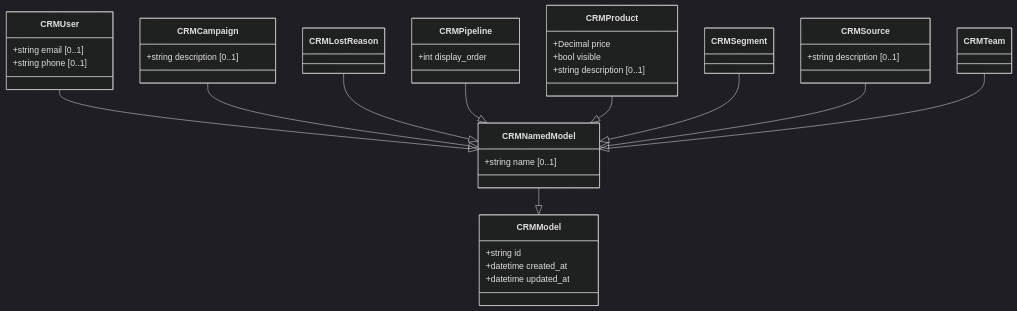
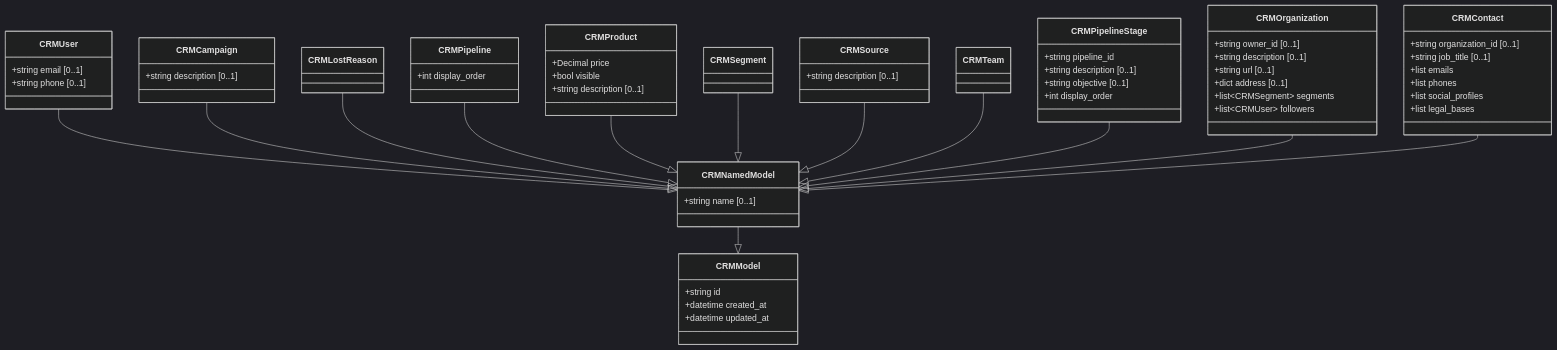
One commit to hcubasd/fluffy-waddle changed the diagram in README.md. Above: the diagram before and after it, drawn with Mermaid (dark theme). The commit also changed 3 other files, not shown here.

Commit message:
add pipeline_stage, organization, contact models and update class diagram

````diff
--- a/README.md
+++ b/README.md
@@ -7,42 +7,68 @@
 ```mermaid
 classDiagram
     class CRMModel {
         +string id
         +datetime created_at
         +datetime updated_at
     }
     class CRMNamedModel {
         +string name [0..1]
     }
     class CRMUser {
         +string email [0..1]
         +string phone [0..1]
     }
     class CRMCampaign {
         +string description [0..1]
     }
     class CRMLostReason
     class CRMPipeline {
         +int display_order
     }
     class CRMProduct {
         +Decimal price
         +bool visible
         +string description [0..1]
     }
     class CRMSegment
     class CRMSource {
         +string description [0..1]
     }
     class CRMTeam
 
+    class CRMPipelineStage {
+        +string pipeline_id
+        +string description [0..1]
+        +string objective [0..1]
+        +int display_order
+    }
+    class CRMOrganization {
+        +string owner_id [0..1]
+        +string description [0..1]
+        +string url [0..1]
+        +dict address [0..1]
+        +list~CRMSegment~ segments
+        +list~CRMUser~ followers
+    }
+    class CRMContact {
+        +string organization_id [0..1]
+        +string job_title [0..1]
+        +list emails
+        +list phones
+        +list social_profiles
+        +list legal_bases
+    }
+
     CRMNamedModel --|> CRMModel
     CRMUser --|> CRMNamedModel
     CRMCampaign --|> CRMNamedModel
     CRMLostReason --|> CRMNamedModel
     CRMPipeline --|> CRMNamedModel
     CRMProduct --|> CRMNamedModel
     CRMSegment --|> CRMNamedModel
     CRMSource --|> CRMNamedModel
     CRMTeam --|> CRMNamedModel
+    CRMPipelineStage --|> CRMNamedModel
+    CRMOrganization --|> CRMNamedModel
+    CRMContact --|> CRMNamedModel
 ```
````
